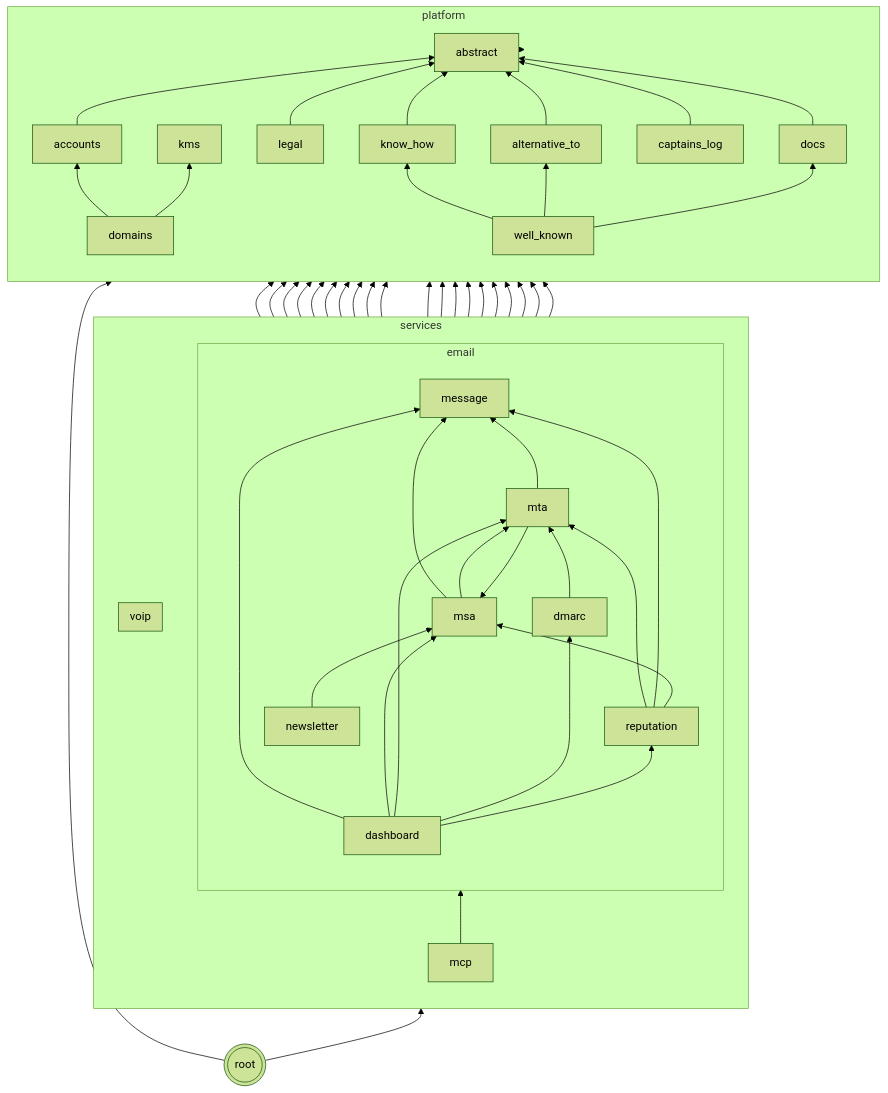
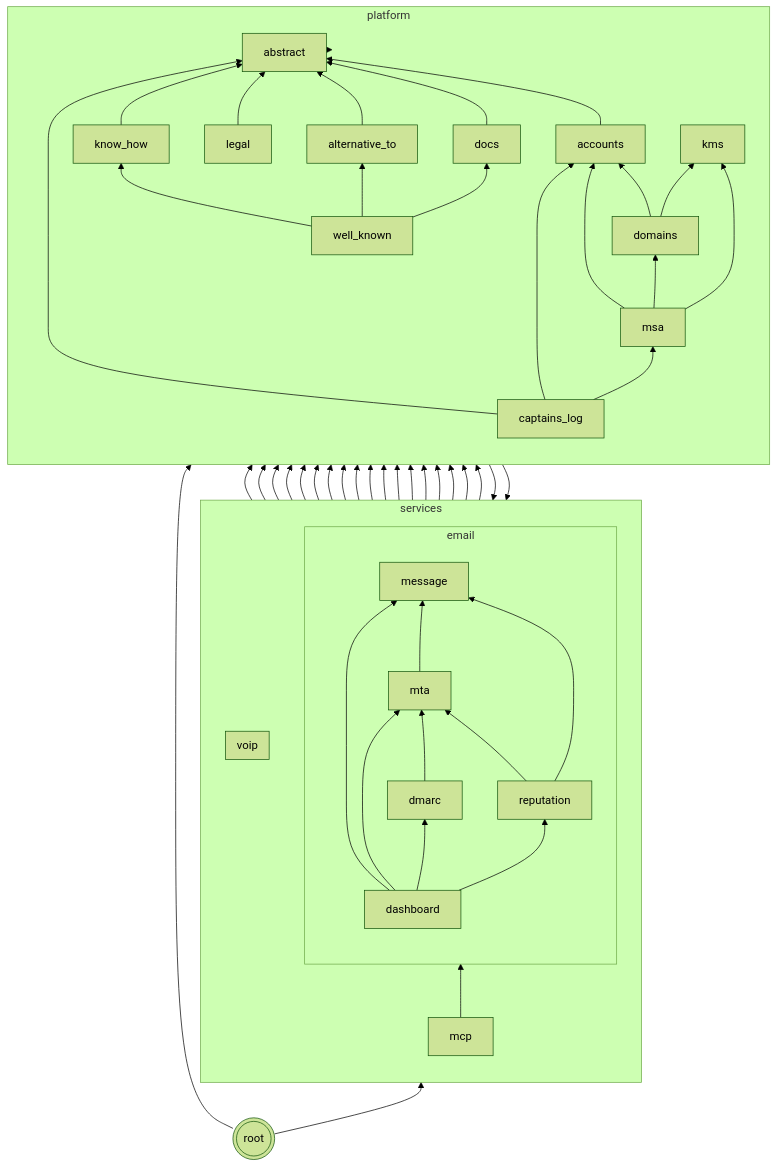
One commit to codingjoe/relay changed the second of 2 diagrams in README.md. Above: the diagram before and after it, drawn with Mermaid (forest theme). The commit also changed other lines of this file and 15 other files, not shown here.

First line of the commit message:
Fold the station log mail into the captains log app

```diff
--- a/README.md
+++ b/README.md
@@ -390,6 +390,8 @@
  know_how --> abstract
  alternative_to --> abstract
  captains_log --> abstract
+ captains_log --> accounts
+ captains_log --> msa
  docs --> abstract
  well_known --> know_how
  well_known --> alternative_to
@@ -405,7 +407,6 @@
  mta
  dmarc
  reputation
- newsletter[newsletter]
  message --> accounts
  message --> domains
  message --> kms
@@ -432,9 +433,6 @@
  dashboard --> mta
  dashboard --> dmarc
  dashboard --> reputation
- newsletter --> captains_log
- newsletter --> accounts
- newsletter --> msa
  end
  mcp
  mcp --> abstract
```
